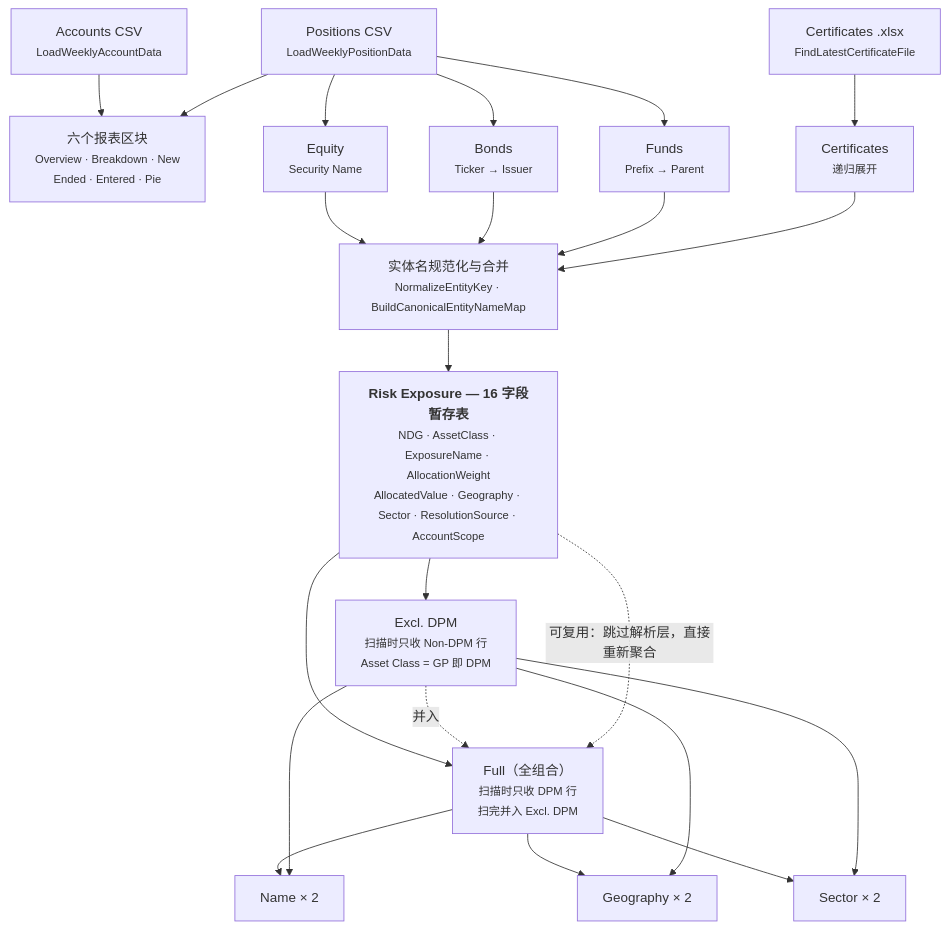
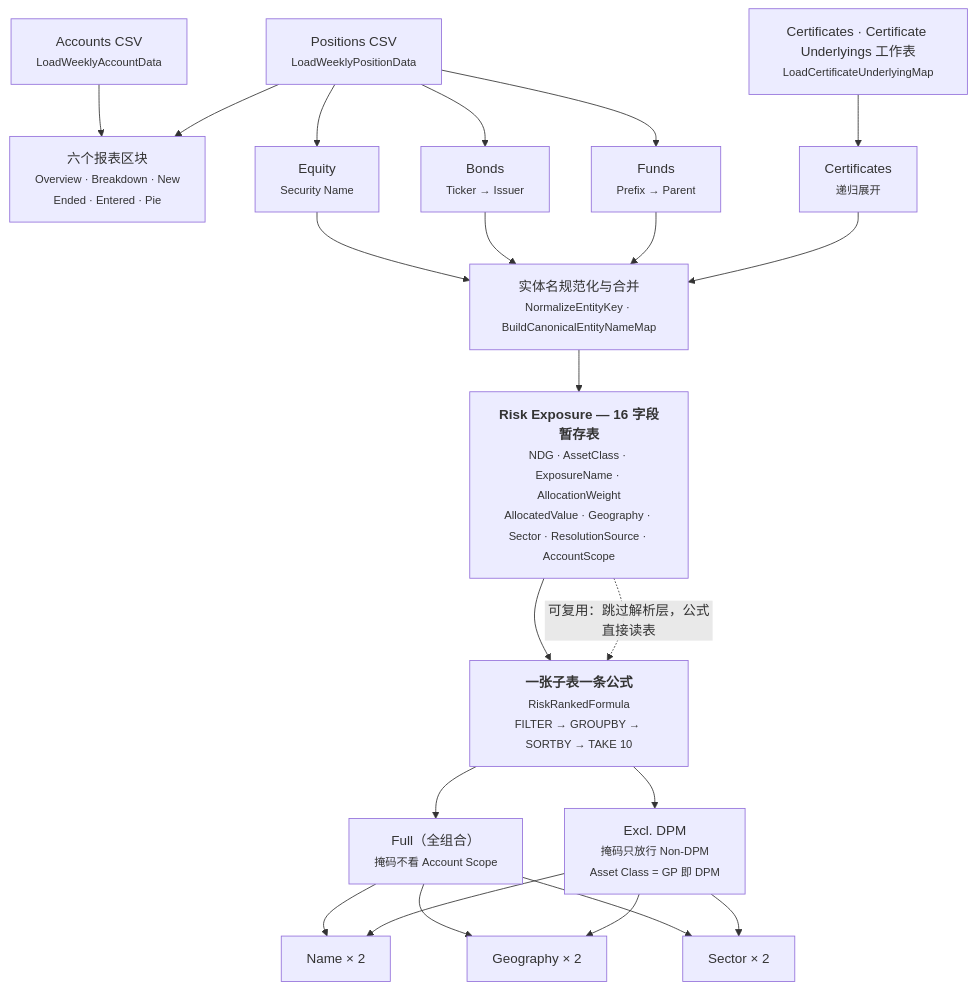
The diagram in docs/weekly-analysis-generate.md (zhou-ziyang/Lombard-Analyzer), drawn with Mermaid before and after one commit. The commit also changed other lines of this file and 1 other file, not shown here.

````diff
--- a/docs/weekly-analysis-generate.md
+++ b/docs/weekly-analysis-generate.md
@@ -26,36 +28,37 @@
 ```mermaid
 flowchart TB
     P["Positions CSV<br/><small>LoadWeeklyPositionData</small>"]
     A["Accounts CSV<br/><small>LoadWeeklyAccountData</small>"]
-    C["Certificates .xlsx<br/><small>FindLatestCertificateFile</small>"]
+    C["Certificates · Certificate Underlyings 工作表<br/><small>LoadCertificateUnderlyingMap</small>"]
 
     R["六个报表区块<br/><small>Overview · Breakdown · New<br/>Ended · Entered · Pie</small>"]
 
     EQ["Equity<br/><small>Security Name</small>"]
     BD["Bonds<br/><small>Ticker → Issuer</small>"]
     FD["Funds<br/><small>Prefix → Parent</small>"]
     CE["Certificates<br/><small>递归展开</small>"]
 
     NORM["实体名规范化与合并<br/><small>NormalizeEntityKey · BuildCanonicalEntityNameMap</small>"]
 
     STAGE["<b>Risk Exposure — 16 字段暂存表</b><br/><small>NDG · AssetClass · ExposureName · AllocationWeight<br/>AllocatedValue · Geography · Sector · ResolutionSource · AccountScope</small>"]
 
-    FULL["Full（全组合）<br/><small>扫描时只收 DPM 行<br/>扫完并入 Excl. DPM</small>"]
-    EXD["Excl. DPM<br/><small>扫描时只收 Non-DPM 行<br/>Asset Class = GP 即 DPM</small>"]
+    FML["<b>一张子表一条公式</b><br/><small>RiskRankedFormula<br/>FILTER → GROUPBY → SORTBY → TAKE 10</small>"]
+    FULL["Full（全组合）<br/><small>掩码不看 Account Scope</small>"]
+    EXD["Excl. DPM<br/><small>掩码只放行 Non-DPM<br/>Asset Class = GP 即 DPM</small>"]
 
     T1["Name × 2"]
     T2["Geography × 2"]
     T3["Sector × 2"]
 
     P --> EQ & BD & FD
     A --> R
     P --> R
     C --> CE
     EQ & BD & FD & CE --> NORM
     NORM --> STAGE
-    STAGE --> FULL & EXD
-    EXD -.并入.-> FULL
-    STAGE -. 可复用：跳过解析层，直接重新聚合 .-> FULL
+    STAGE --> FML
+    STAGE -. 可复用：跳过解析层，公式直接读表 .-> FML
+    FML --> FULL & EXD
     FULL --> T1 & T2 & T3
     EXD --> T1 & T2 & T3
 ```
````
